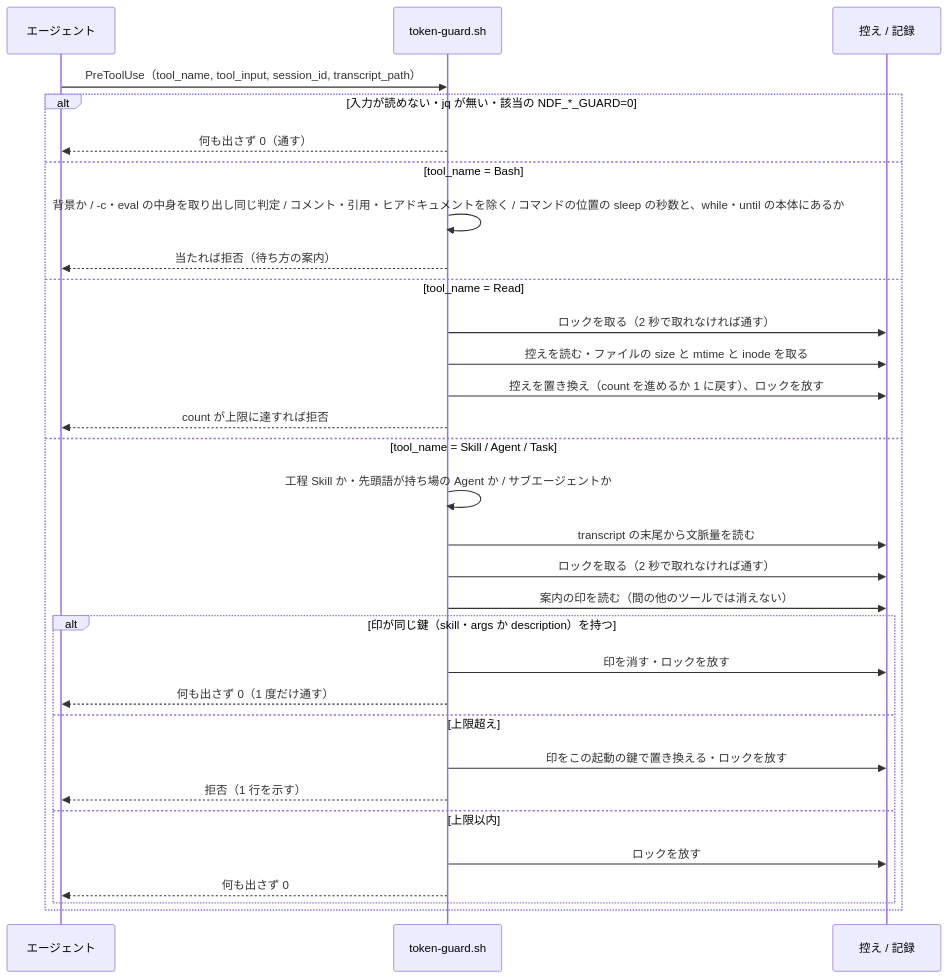
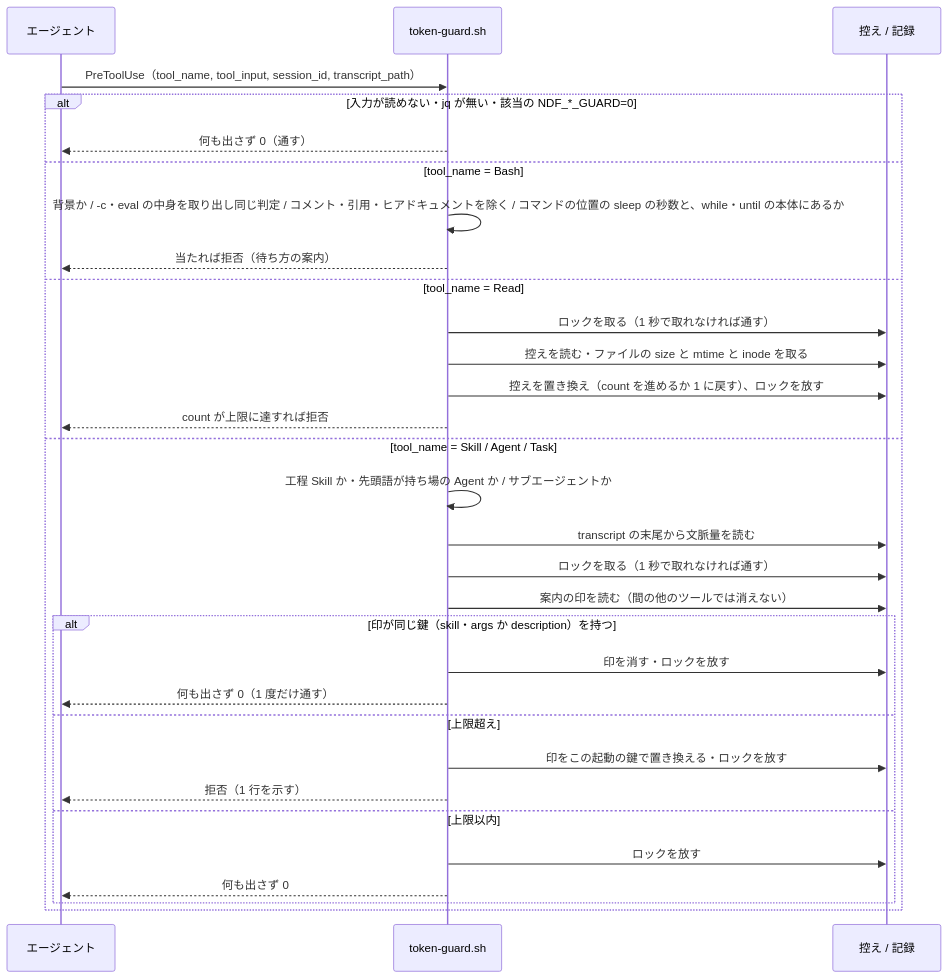
One commit to devbasex/ai-plugins changed the second of 3 diagrams in issues/issue-829-830-design.md. Above: the diagram before and after it, drawn with Mermaid. The commit also changed other lines of this file and 2 other files, not shown here.

````diff
--- a/issues/issue-829-830-design.md
+++ b/issues/issue-829-830-design.md
@@ -275,33 +276,33 @@
 ```mermaid
 sequenceDiagram
   participant A as エージェント
   participant H as token-guard.sh
   participant S as 控え / 記録
   A->>H: PreToolUse（tool_name, tool_input, session_id, transcript_path）
   alt 入力が読めない・jq が無い・該当の NDF_*_GUARD=0
     H-->>A: 何も出さず 0（通す）
   else tool_name = Bash
     H->>H: 背景か / -c・eval の中身を取り出し同じ判定 / コメント・引用・ヒアドキュメントを除く / コマンドの位置の sleep の秒数と、while・until の本体にあるか
     H-->>A: 当たれば拒否（待ち方の案内）
   else tool_name = Read
-    H->>S: ロックを取る（2 秒で取れなければ通す）
+    H->>S: ロックを取る（1 秒で取れなければ通す）
     H->>S: 控えを読む・ファイルの size と mtime と inode を取る
     H->>S: 控えを置き換え（count を進めるか 1 に戻す）、ロックを放す
     H-->>A: count が上限に達すれば拒否
   else tool_name = Skill / Agent / Task
     H->>H: 工程 Skill か・先頭語が持ち場の Agent か / サブエージェントか
     H->>S: transcript の末尾から文脈量を読む
-    H->>S: ロックを取る（2 秒で取れなければ通す）
+    H->>S: ロックを取る（1 秒で取れなければ通す）
     H->>S: 案内の印を読む（間の他のツールでは消えない）
     alt 印が同じ鍵（skill・args か description）を持つ
       H->>S: 印を消す・ロックを放す
       H-->>A: 何も出さず 0（1 度だけ通す）
     else 上限超え
       H->>S: 印をこの起動の鍵で置き換える・ロックを放す
       H-->>A: 拒否（1 行を示す）
     else 上限以内
       H->>S: ロックを放す
       H-->>A: 何も出さず 0
     end
   end
 ```
````
